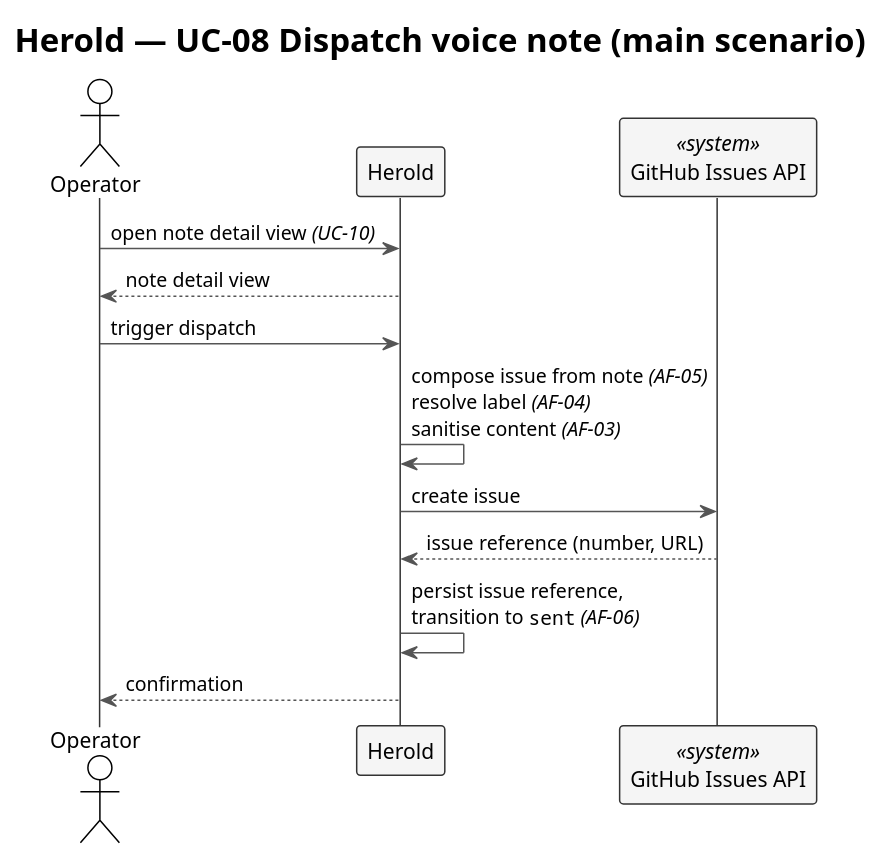
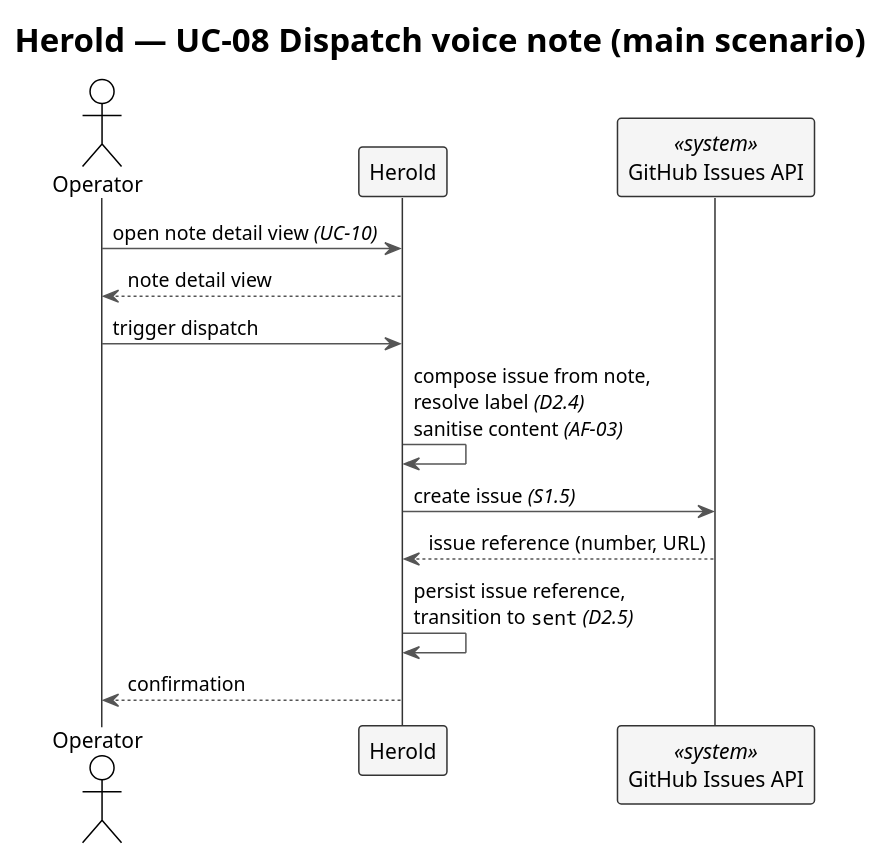
Before and after one commit to carstenlucke/herold: the diagram in docs/spec/diagrams/f2-uc08-dispatch-note.plantuml, drawn with PlantUML. The commit also changed 13 other files, not shown here.

```diff
--- a/docs/spec/diagrams/f2-uc08-dispatch-note.plantuml
+++ b/docs/spec/diagrams/f2-uc08-dispatch-note.plantuml
@@ -1,27 +1,27 @@
 @startuml f2-uc08-dispatch-note
 !theme plain
 skinparam shadowing false
 skinparam ArrowColor #555555
 skinparam SequenceLifeLineBorderColor #333333
 skinparam SequenceParticipantBorderColor #333333
 skinparam SequenceParticipantBackgroundColor #F5F5F5
 skinparam SequenceReferenceBackgroundColor #F0E8FF
 skinparam SequenceGroupBodyBackgroundColor transparent
 
 title Herold — UC-08 Dispatch voice note (main scenario)
 
 actor       "Operator"           as OP
 participant "Herold"              as SYS
 participant "GitHub Issues API"   as GH <<system>>
 
 OP  ->  SYS : open note detail view //(UC-10)//
 SYS --> OP  : note detail view
 
 OP  ->  SYS : trigger dispatch
-SYS ->  SYS : compose issue from note //(AF-05)//\nresolve label //(AF-04)//\nsanitise content //(AF-03)//
-SYS ->  GH  : create issue
+SYS ->  SYS : compose issue from note,\nresolve label //(D2.4)//\nsanitise content //(AF-03)//
+SYS ->  GH  : create issue //(S1.5)//
 GH  --> SYS : issue reference (number, URL)
-SYS ->  SYS : persist issue reference,\ntransition to ""sent"" //(AF-06)//
+SYS ->  SYS : persist issue reference,\ntransition to ""sent"" //(D2.5)//
 SYS --> OP  : confirmation
 
 @enduml
```
